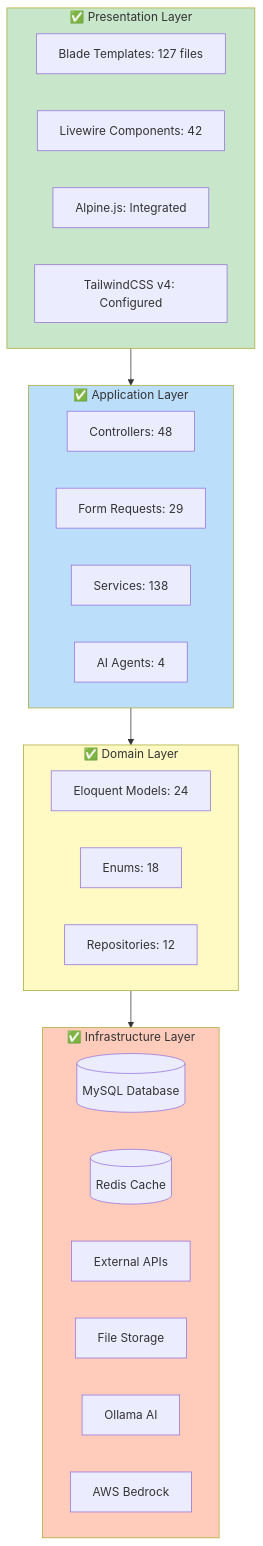
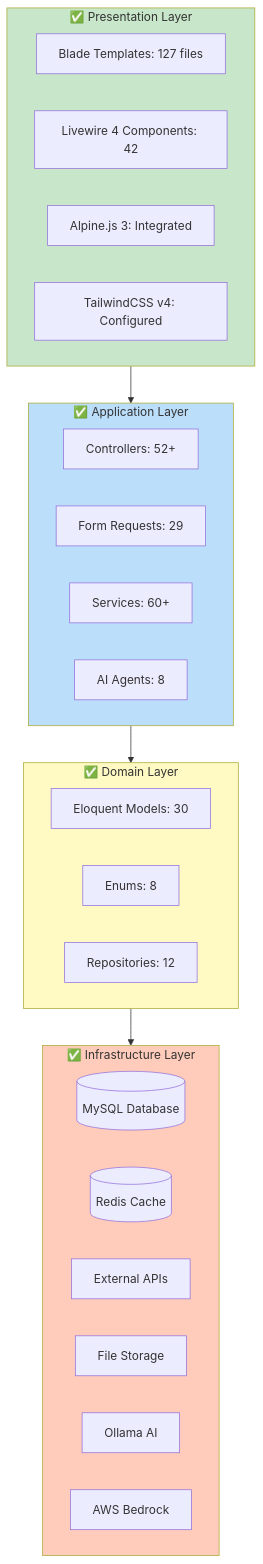
One commit to exatfrds67/umamusume-career-planner changed the fifth of 11 diagrams in docs/00-core-docs/000_IMPLEMENTATION_VERIFICATION_MATRIX.md. Above: the diagram before and after it, drawn with Mermaid. The commit also changed other lines of this file and 1559 other files, not shown here.

Commit message:
Various updates: tests modified, new services/controllers/models added, docs and migrations

````diff
--- a/docs/00-core-docs/000_IMPLEMENTATION_VERIFICATION_MATRIX.md
+++ b/docs/00-core-docs/000_IMPLEMENTATION_VERIFICATION_MATRIX.md
@@ -282,40 +291,40 @@
 ```mermaid
 flowchart TB
     subgraph Presentation[✅ Presentation Layer]
         Blade[Blade Templates: 127 files]
-        Livewire[Livewire Components: 42]
-        Alpine[Alpine.js: Integrated]
+        Livewire[Livewire 4 Components: 42]
+        Alpine[Alpine.js 3: Integrated]
         TailwindCSS[TailwindCSS v4: Configured]
     end
     
     subgraph Application[✅ Application Layer]
-        Controllers[Controllers: 48]
+        Controllers[Controllers: 52+]
         FormRequests[Form Requests: 29]
-        Services[Services: 138]
-        AIAgents[AI Agents: 4]
+        Services[Services: 60+]
+        AIAgents[AI Agents: 8]
     end
     
     subgraph Domain[✅ Domain Layer]
-        Models[Eloquent Models: 24]
-        Enums[Enums: 18]
+        Models[Eloquent Models: 30]
+        Enums[Enums: 8]
         Repositories[Repositories: 12]
     end
     
     subgraph Infrastructure[✅ Infrastructure Layer]
         MySQL[(MySQL Database)]
         Redis[(Redis Cache)]
         ExternalAPIs[External APIs]
         FileStorage[File Storage]
         Ollama[Ollama AI]
         Bedrock[AWS Bedrock]
     end
     
     Presentation --> Application
     Application --> Domain
     Domain --> Infrastructure
     
     style Presentation fill:#c8e6c9
     style Application fill:#bbdefb
     style Domain fill:#fff9c4
     style Infrastructure fill:#ffccbc
 ```
````
